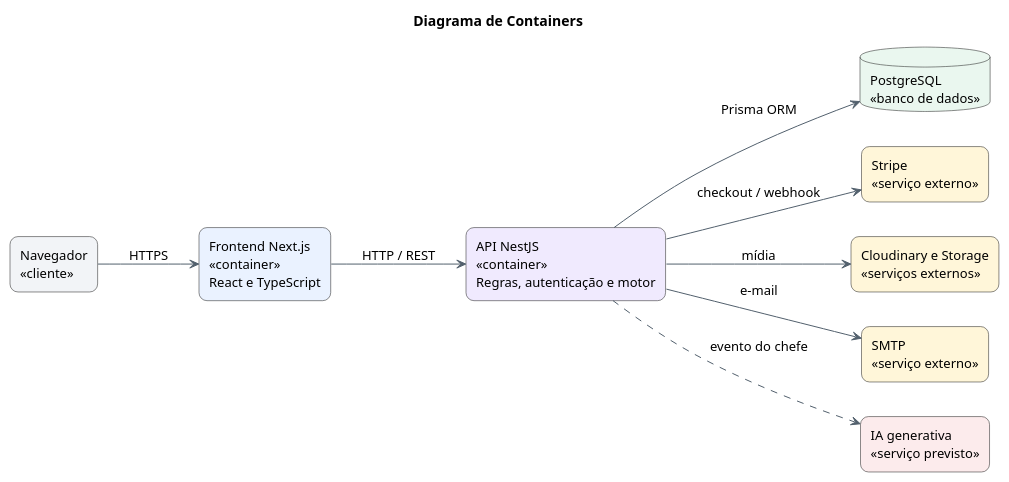
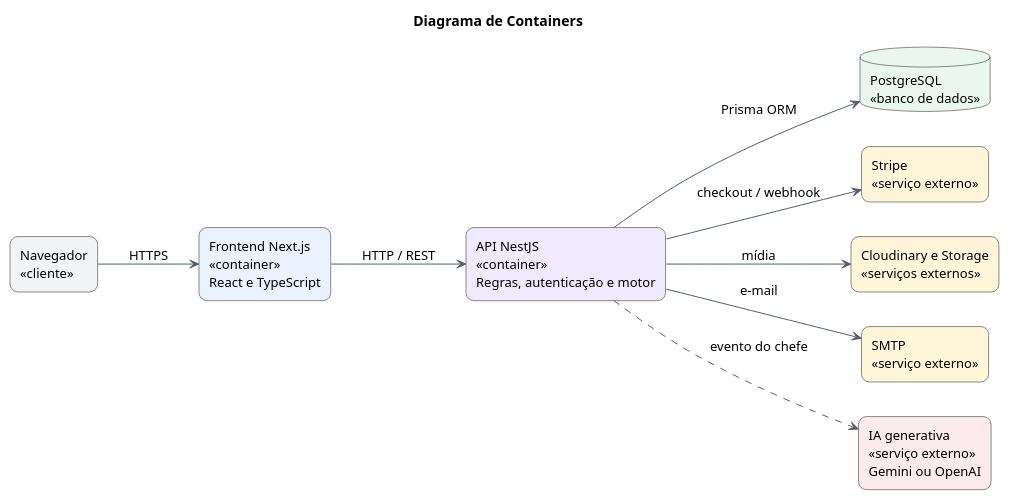
One commit to skoolag3/plataforma-web-rpg changed the diagram in documentacao/diagramas/05-containers.puml. Above: the diagram before and after it, drawn with PlantUML. The commit also changed 107 other files, not shown here.

```diff
--- a/documentacao/diagramas/05-containers.puml
+++ b/documentacao/diagramas/05-containers.puml
@@ -1,27 +1,27 @@
 @startuml
 title Diagrama de Containers
 left to right direction
 skinparam backgroundColor #FFFFFF
 skinparam shadowing false
 skinparam roundcorner 16
 skinparam defaultFontName Arial
 skinparam defaultFontSize 13
 skinparam ArrowColor #52606D
 
 rectangle "Navegador\n<<cliente>>" as navegador #F2F4F7
 rectangle "Frontend Next.js\n<<container>>\nReact e TypeScript" as frontend #EAF2FF
 rectangle "API NestJS\n<<container>>\nRegras, autenticação e motor" as api #F0EAFE
 database "PostgreSQL\n<<banco de dados>>" as banco #EAF7EF
 rectangle "Stripe\n<<serviço externo>>" as stripe #FFF6D9
 rectangle "Cloudinary e Storage\n<<serviços externos>>" as midia #FFF6D9
 rectangle "SMTP\n<<serviço externo>>" as smtp #FFF6D9
-rectangle "IA generativa\n<<serviço previsto>>" as ia #FCEBEC
+rectangle "IA generativa\n<<serviço externo>>\nGemini ou OpenAI" as ia #FCEBEC
 
 navegador --> frontend : HTTPS
 frontend --> api : HTTP / REST
 api --> banco : Prisma ORM
 api --> stripe : checkout / webhook
 api --> midia : mídia
 api --> smtp : e-mail
 api ..> ia : evento do chefe
 @enduml
```
